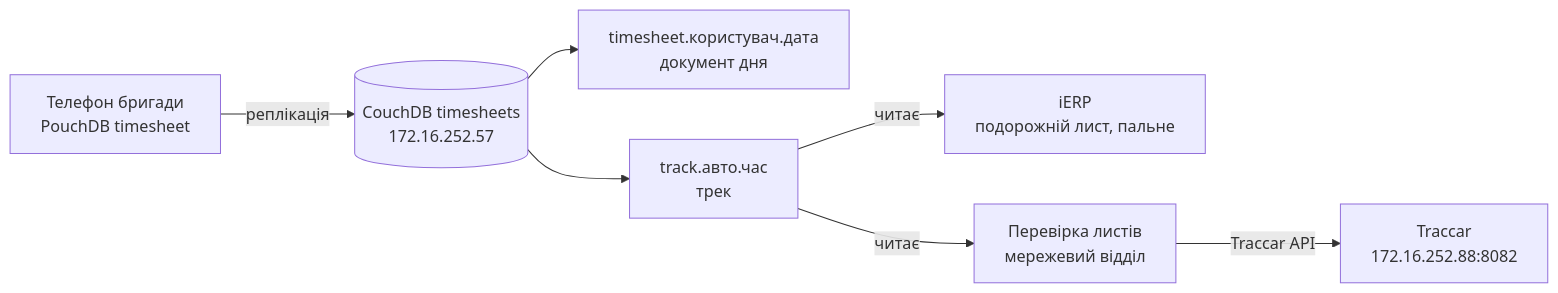
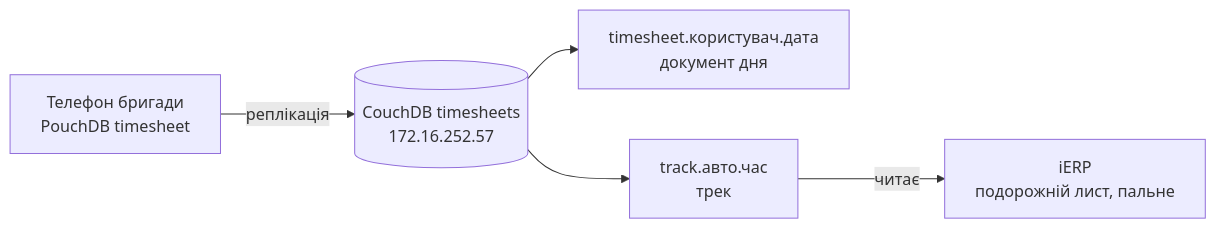
One commit to iport-snk/i.md changed the third of 3 diagrams in systems/imap/timesheet.md. Above: the diagram before and after it, drawn with Mermaid. The commit also changed other lines of this file and 5 other files, not shown here.

````diff
--- a/systems/imap/timesheet.md
+++ b/systems/imap/timesheet.md
@@ -171,9 +171,7 @@
 ```mermaid
 flowchart LR
     T["Телефон бригади<br/>PouchDB timesheet"] -->|"реплікація"| C[("CouchDB timesheets<br/>172.16.252.57")]
     C --> D["timesheet.користувач.дата<br/>документ дня"]
     C --> K["track.авто.час<br/>трек"]
     K -->|"читає"| E["iERP<br/>подорожній лист, пальне"]
-    K -->|"читає"| R["Перевірка листів<br/>мережевий відділ"]
-    R -->|"Traccar API"| TR["Traccar<br/>172.16.252.88:8082"]
 ```
````
